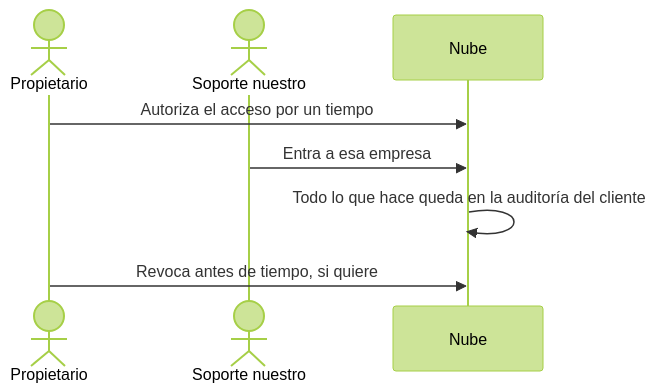
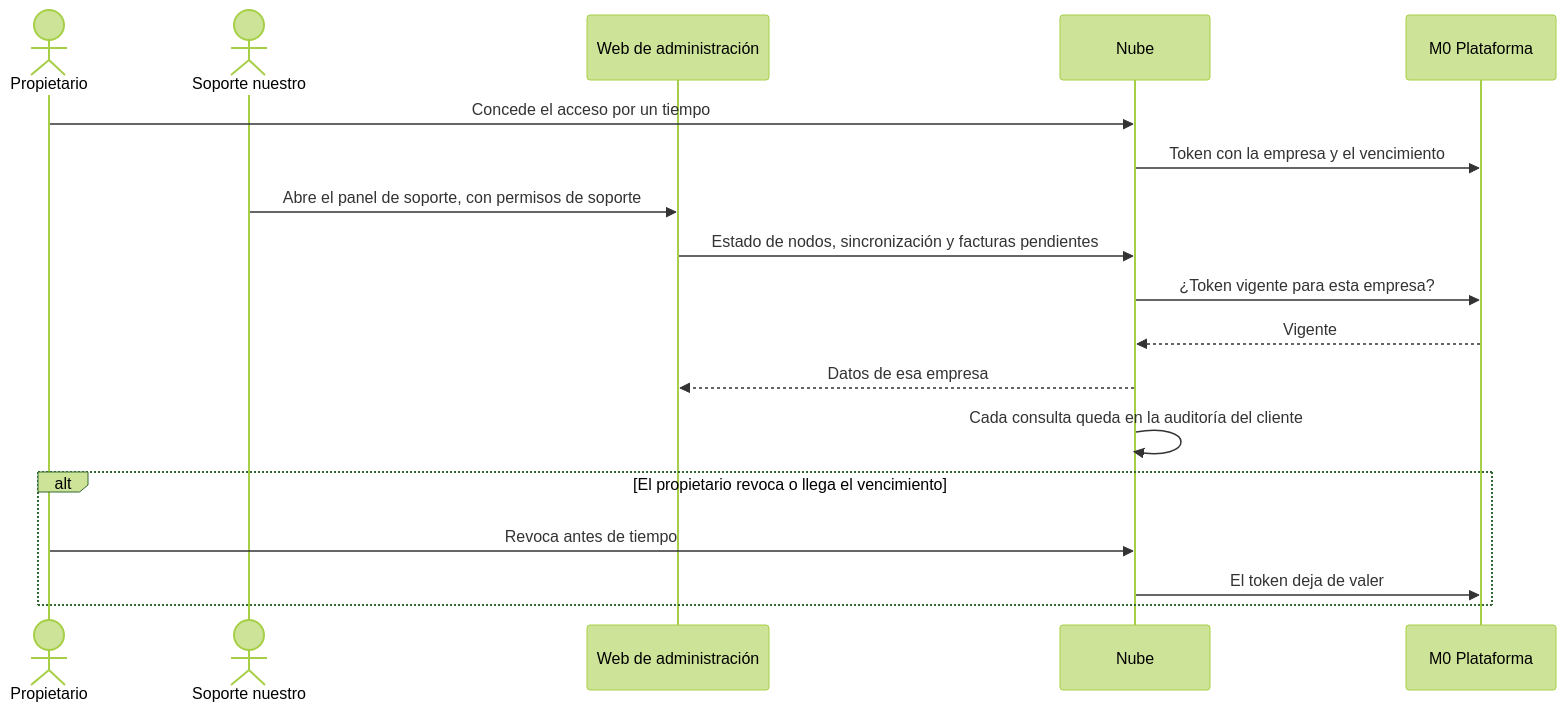
Before and after one commit to CesarJOtizM/blackHole: the fourth of 4 diagrams in docs/flujos/m7-saas.md, drawn with Mermaid (forest theme). The commit also changed other lines of this file and 159 other files, not shown here.

````diff
--- a/docs/flujos/m7-saas.md
+++ b/docs/flujos/m7-saas.md
@@ -70,11 +79,21 @@
 ```mermaid
 sequenceDiagram
   actor Prop as Propietario
   actor Sop as Soporte nuestro
+  participant Web as Web de administración
   participant Nube
+  participant M0 as M0 Plataforma
 
-  Prop->>Nube: Autoriza el acceso por un tiempo
-  Sop->>Nube: Entra a esa empresa
-  Nube->>Nube: Todo lo que hace queda en la auditoría del cliente
-  Prop->>Nube: Revoca antes de tiempo, si quiere
+  Prop->>Nube: Concede el acceso por un tiempo
+  Nube->>M0: Token con la empresa y el vencimiento
+  Sop->>Web: Abre el panel de soporte, con permisos de soporte
+  Web->>Nube: Estado de nodos, sincronización y facturas pendientes
+  Nube->>M0: ¿Token vigente para esta empresa?
+  M0-->>Nube: Vigente
+  Nube-->>Web: Datos de esa empresa
+  Nube->>Nube: Cada consulta queda en la auditoría del cliente
+  alt El propietario revoca o llega el vencimiento
+    Prop->>Nube: Revoca antes de tiempo
+    Nube->>M0: El token deja de valer
+  end
 ```
````
